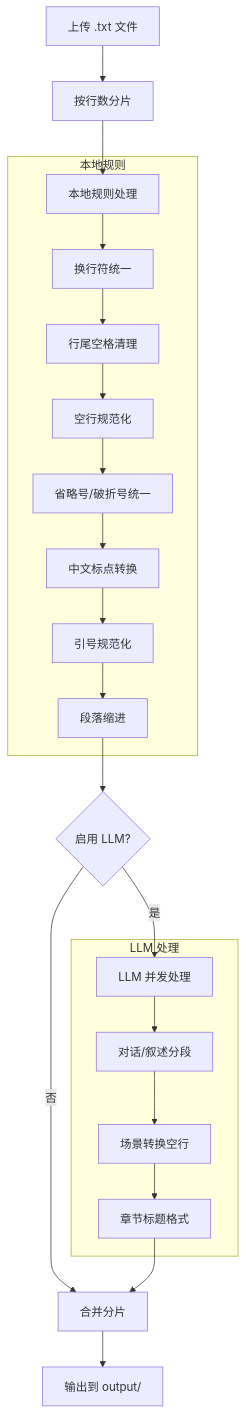
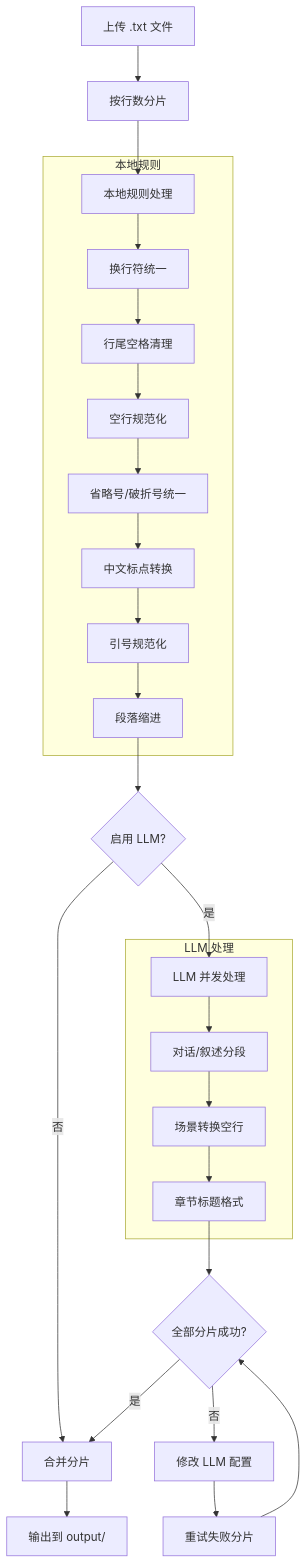
Before and after one commit to makoMakoGo/novel-proofer: the diagram in README.md, drawn with Mermaid. The commit also changed other lines of this file and 12 other files, not shown here.

````diff
--- a/README.md
+++ b/README.md
@@ -39,28 +40,32 @@
 ```mermaid
 flowchart TD
     A[上传 .txt 文件] --> B[按行数分片]
     B --> C[本地规则处理]
 
     subgraph local [本地规则]
         C --> C1[换行符统一]
         C1 --> C2[行尾空格清理]
         C2 --> C3[空行规范化]
         C3 --> C4[省略号/破折号统一]
         C4 --> C5[中文标点转换]
         C5 --> C6[引号规范化]
         C6 --> C7[段落缩进]
     end
 
     C7 --> D{启用 LLM?}
     D -->|否| F[合并分片]
     D -->|是| E[LLM 并发处理]
 
     subgraph llm [LLM 处理]
         E --> E1[对话/叙述分段]
         E1 --> E2[场景转换空行]
         E2 --> E3[章节标题格式]
     end
 
-    E3 --> F
+    E3 --> H{全部分片成功?}
+    H -->|是| F
+    H -->|否| R[修改 LLM 配置]
+    R --> S[重试失败分片]
+    S --> H
     F --> G[输出到 output/]
 ```
````
